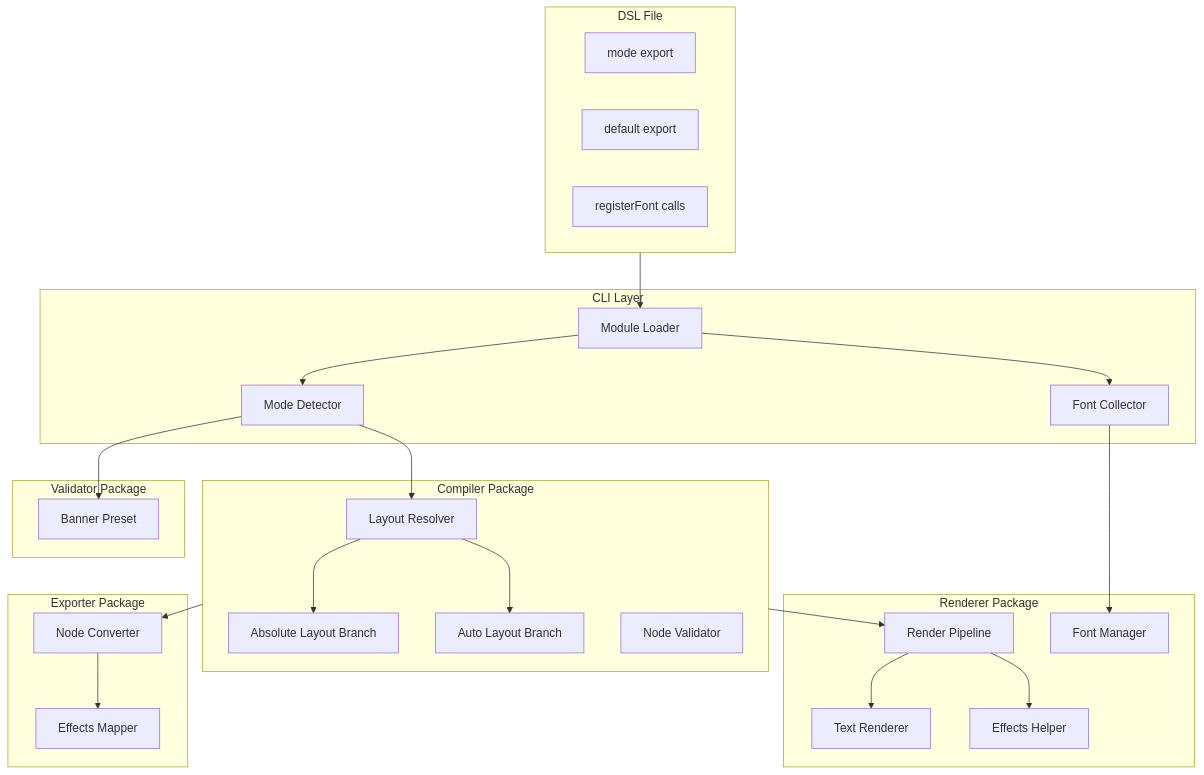
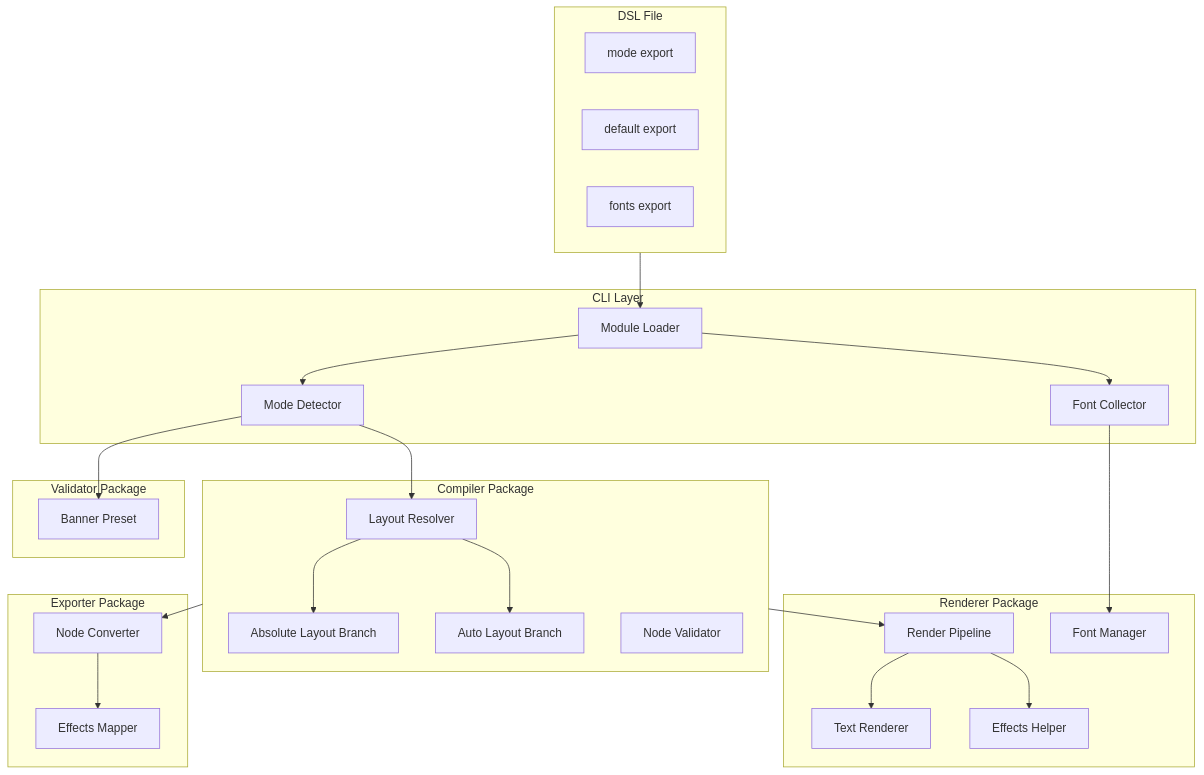
The first of 3 diagrams in .kiro/specs/banner-mode/design.md (TETRA2000/figma-component-dsl), drawn with Mermaid before and after one commit. The commit also changed other lines of this file, not shown here.

First line of the commit message:
Apply design review suggestions: declarative fonts + defer BACKGROUND_BLUR

````diff
--- a/.kiro/specs/banner-mode/design.md
+++ b/.kiro/specs/banner-mode/design.md
@@ -37,51 +38,51 @@
 ```mermaid
 graph TB
     subgraph DSL_File[DSL File]
         ModeExport[mode export]
         DefaultExport[default export]
-        FontReg[registerFont calls]
+        FontsExport[fonts export]
     end
 
     subgraph CLI_Layer[CLI Layer]
         ModuleLoader[Module Loader]
         ModeDetector[Mode Detector]
         FontCollector[Font Collector]
     end
 
     subgraph Compiler[Compiler Package]
         LayoutResolver[Layout Resolver]
         AbsoluteLayout[Absolute Layout Branch]
         AutoLayout[Auto Layout Branch]
         NodeValidator[Node Validator]
     end
 
     subgraph Renderer[Renderer Package]
         RenderPipeline[Render Pipeline]
         TextRenderer[Text Renderer]
         EffectsHelper[Effects Helper]
         FontManager[Font Manager]
     end
 
     subgraph Exporter[Exporter Package]
         NodeConverter[Node Converter]
         EffectsMapper[Effects Mapper]
     end
 
     subgraph Validator[Validator Package]
         BannerPreset[Banner Preset]
     end
 
     DSL_File --> ModuleLoader
     ModuleLoader --> ModeDetector
     ModuleLoader --> FontCollector
     ModeDetector --> LayoutResolver
     FontCollector --> FontManager
     LayoutResolver --> AbsoluteLayout
     LayoutResolver --> AutoLayout
     Compiler --> RenderPipeline
     Compiler --> NodeConverter
     RenderPipeline --> TextRenderer
     RenderPipeline --> EffectsHelper
     NodeConverter --> EffectsMapper
     ModeDetector --> BannerPreset
 ```
````
